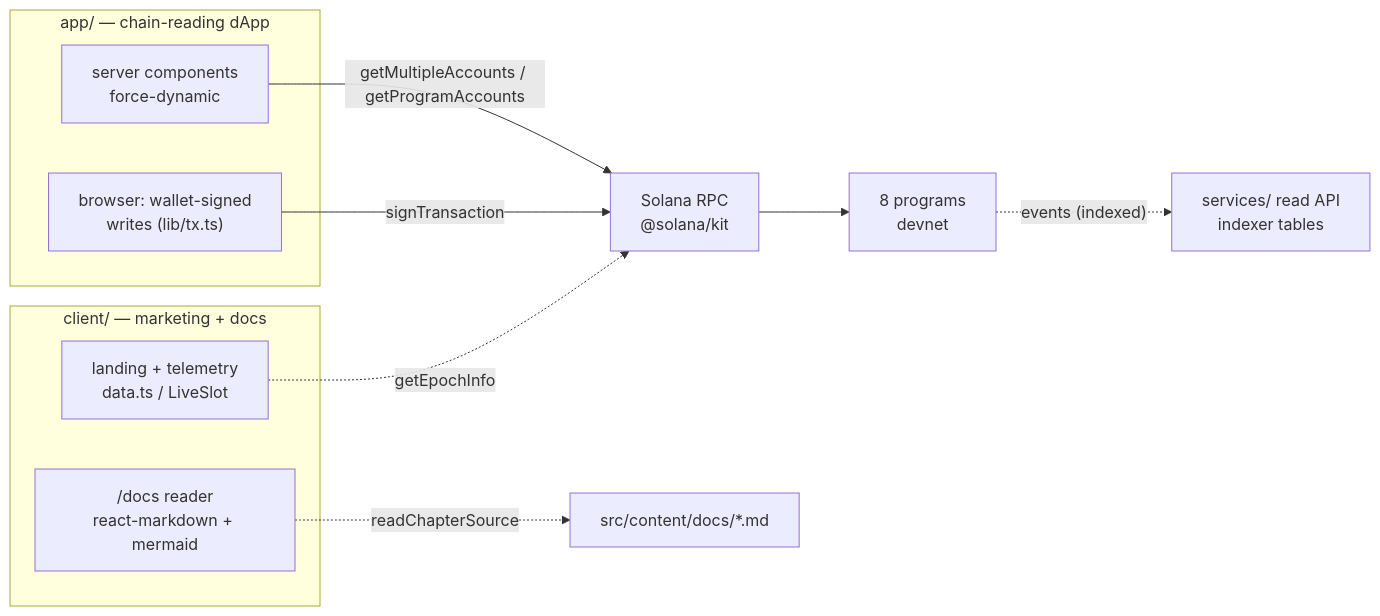
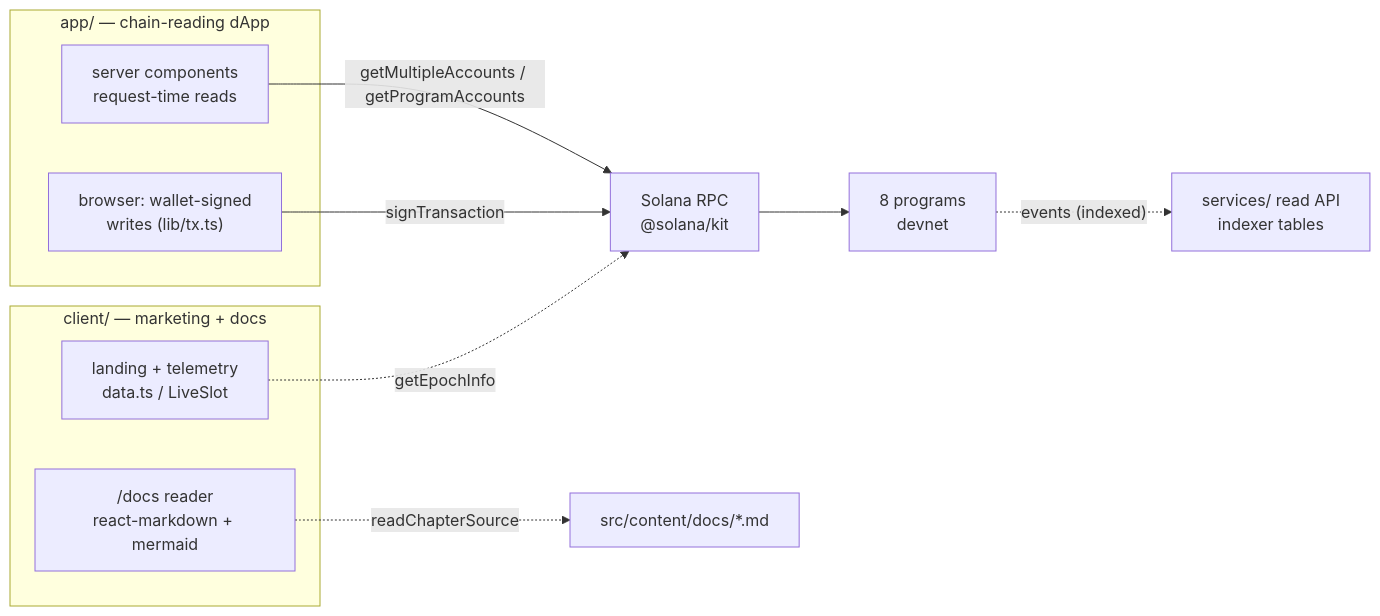
Before and after one commit to Srizdebnath/nundina: the diagram in client/src/content/docs/14-applications.md, drawn with Mermaid. The commit also changed other lines of this file and 151 other files, not shown here.

````diff
--- a/client/src/content/docs/14-applications.md
+++ b/client/src/content/docs/14-applications.md
@@ -68,21 +68,21 @@
 ```mermaid
 flowchart LR
   subgraph APP["app/ — chain-reading dApp"]
-    A1["server components<br/>force-dynamic"]
+    A1["server components<br/>request-time reads"]
     A2["browser: wallet-signed<br/>writes (lib/tx.ts)"]
   end
   subgraph CLIENT["client/ — marketing + docs"]
     C1["landing + telemetry<br/>data.ts / LiveSlot"]
     C2["/docs reader<br/>react-markdown + mermaid"]
   end
   RPC["Solana RPC<br/>@solana/kit"]
   PROG["8 programs<br/>devnet"]
   SVC["services/ read API<br/>indexer tables"]
   MD["src/content/docs/*.md"]
   A1 -->|"getMultipleAccounts / getProgramAccounts"| RPC
   A2 -->|"signTransaction"| RPC
   RPC --> PROG
   PROG -.->|"events (indexed)"| SVC
   C1 -.->|"getEpochInfo"| RPC
   C2 -.->|"readChapterSource"| MD
 ```
````
